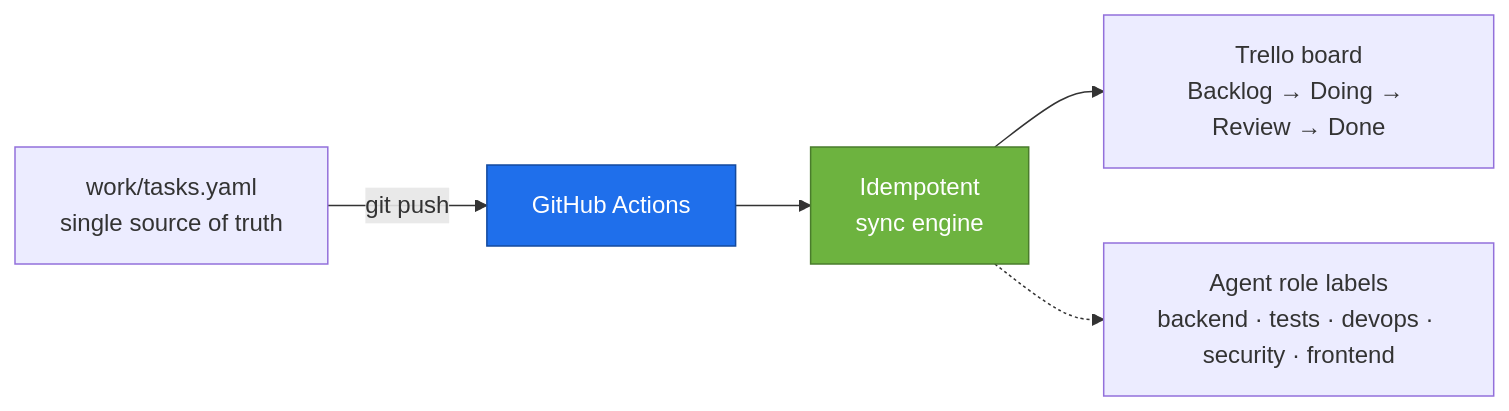
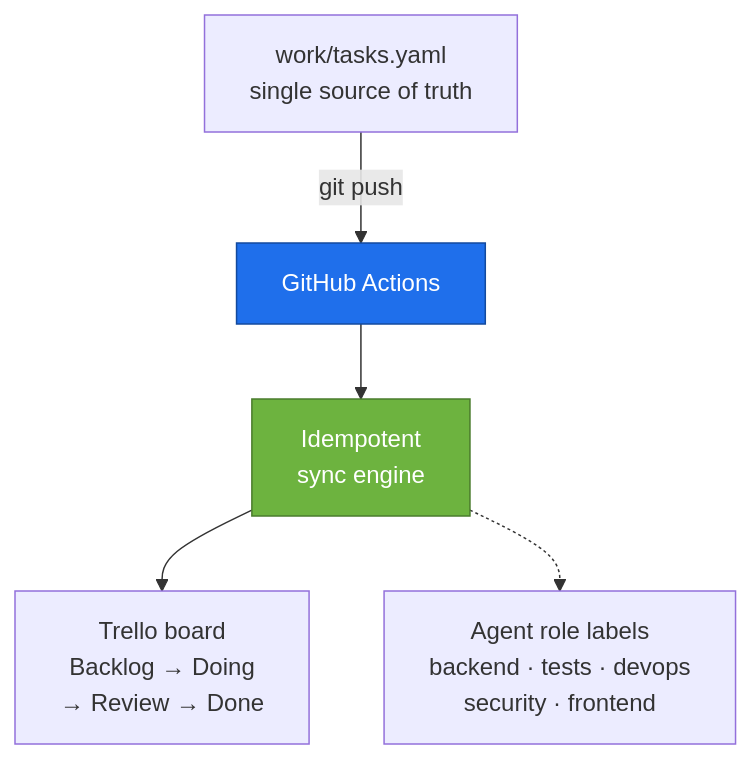
One commit to danilofranco1990/danilofranco1990 changed the second of 2 diagrams in README.md. Above: the diagram before and after it, drawn with Mermaid. The commit also changed other lines of this file and 1 other file, not shown here.

Commit message:
Vira os diagramas Mermaid para orientacao vertical
Na coluna de README do GitHub (~690px) os flowcharts LR estouravam a
largura e os nos finais ficavam cortados atras dos controles de zoom.
Em TB cada nivel tem no maximo dois nos lado a lado e cabe inteiro.

````diff
--- a/README.md
+++ b/README.md
@@ -110,10 +110,10 @@
 ```mermaid
-flowchart LR
+flowchart TB
     Y["work/tasks.yaml<br/>single source of truth"] -->|"git push"| GA["GitHub Actions"]
     GA --> SY["Idempotent<br/>sync engine"]
-    SY --> TR["Trello board<br/>Backlog → Doing → Review → Done"]
-    SY -.-> LB["Agent role labels<br/>backend · tests · devops · security · frontend"]
+    SY --> TR["Trello board<br/>Backlog → Doing<br/>→ Review → Done"]
+    SY -.-> LB["Agent role labels<br/>backend · tests · devops<br/>security · frontend"]
 
     style GA fill:#1F6FEB,stroke:#134a9e,color:#fff
     style SY fill:#6DB33F,stroke:#4A7C2C,color:#fff
 ```
````
